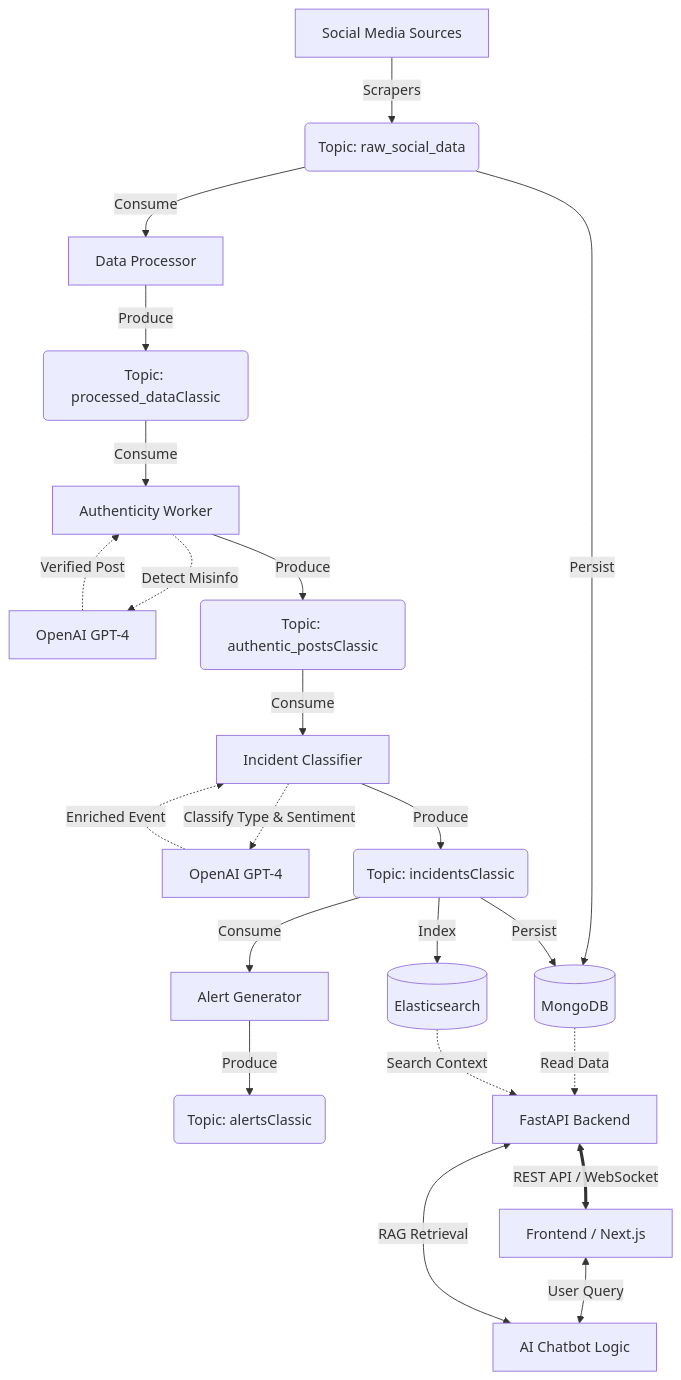
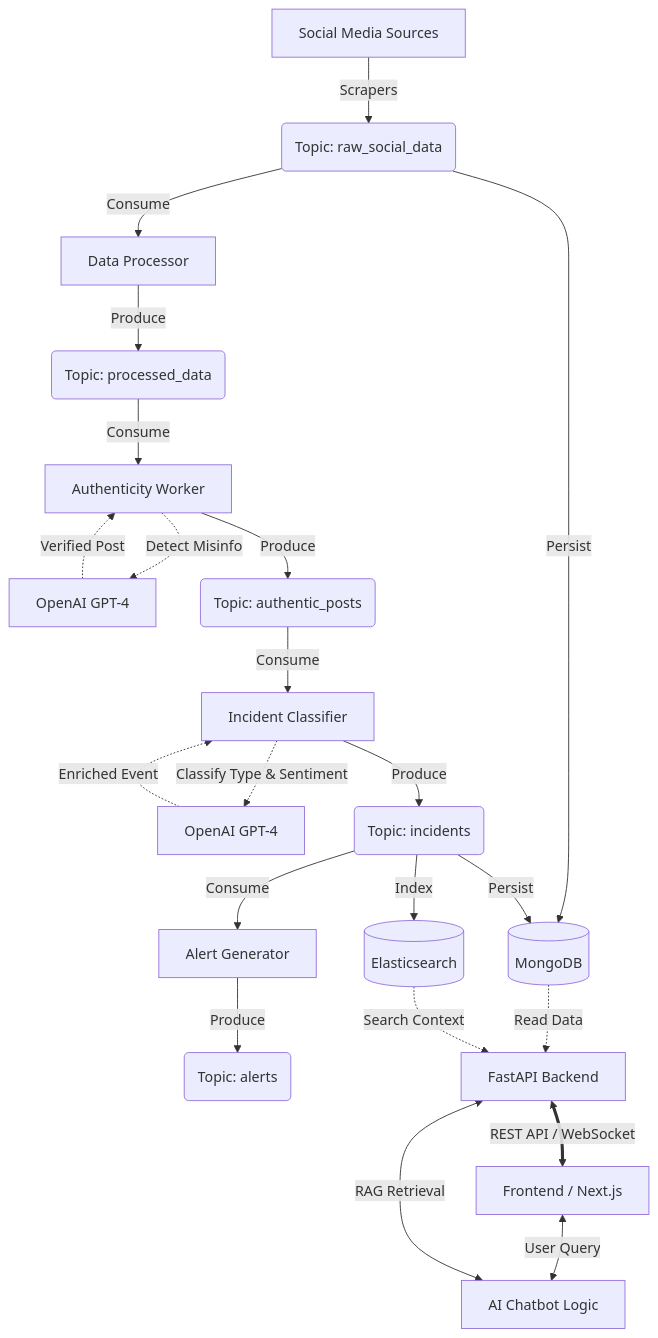
One commit to rachelfong0320/DisasterLens changed the diagram in README.md. Above: the diagram before and after it, drawn with Mermaid.

Commit message:
Update topic names in README for consistency

````diff
--- a/README.md
+++ b/README.md
@@ -57,35 +57,35 @@
 ```mermaid
 graph TD
     %% 1. Ingestion Layer
     Sources[Social Media Sources] -->|Scrapers| T1(Topic: raw_social_data)
 
     %% 2. Stream Processing Pipeline (The AI Workers)
     T1 -->|Consume| P1[Data Processor]
-    P1 -->|Produce| T2(Topic: processed_dataClassic)
+    P1 -->|Produce| T2(Topic: processed_data)
 
     T2 -->|Consume| P2[Authenticity Worker]
     P2 -.->|Detect Misinfo| AI2[OpenAI GPT-4]
     AI2 -.->|Verified Post| P2
-    P2 -->|Produce| T3(Topic: authentic_postsClassic)
+    P2 -->|Produce| T3(Topic: authentic_posts)
 
     T3 -->|Consume| P3[Incident Classifier]
     P3 -.->|Classify Type & Sentiment| AI3[OpenAI GPT-4]
     AI3 -.->|Enriched Event| P3
-    P3 -->|Produce| T4(Topic: incidentsClassic)
+    P3 -->|Produce| T4(Topic: incidents)
 
     T4 -->|Consume| P4[Alert Generator]
-    P4 -->|Produce| T5(Topic: alertsClassic)
+    P4 -->|Produce| T5(Topic: alerts)
 
     %% 3. Persistence Layer (Workers Write Here)
     T1 & T4  -->|Persist| DB[(MongoDB)]
     T4  -->|Index| ES[(Elasticsearch)]
 
     %% 4. Access Layer (FastAPI) - THIS IS THE NEW PART
     DB -.->|Read Data| API[FastAPI Backend]
     ES -.->|Search Context| API
     
     %% 5. Frontend & Chatbot
     API <==>|REST API / WebSocket| FE[Frontend / Next.js]
     FE <-->|User Query| Chat[AI Chatbot Logic]
     Chat <-->|RAG Retrieval| API
 ```
````
